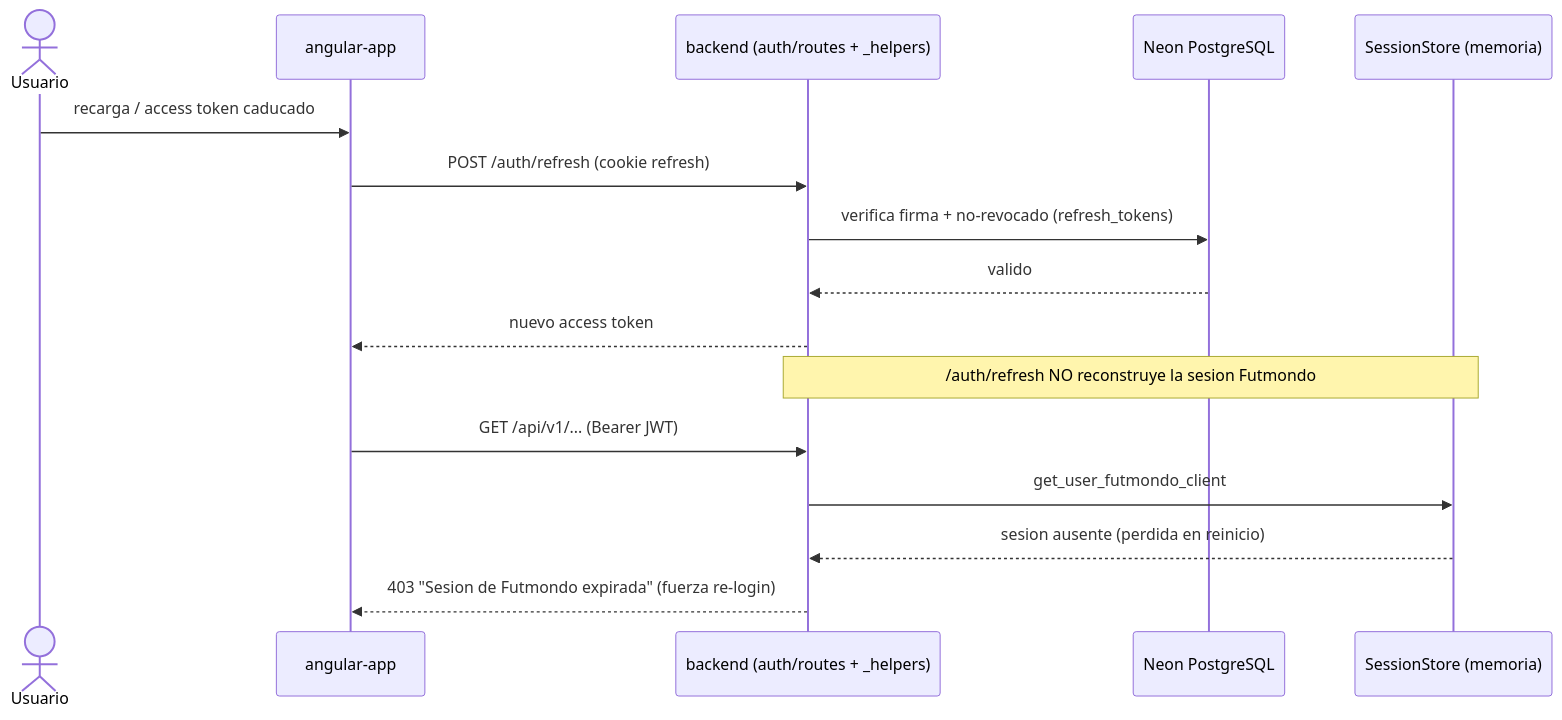
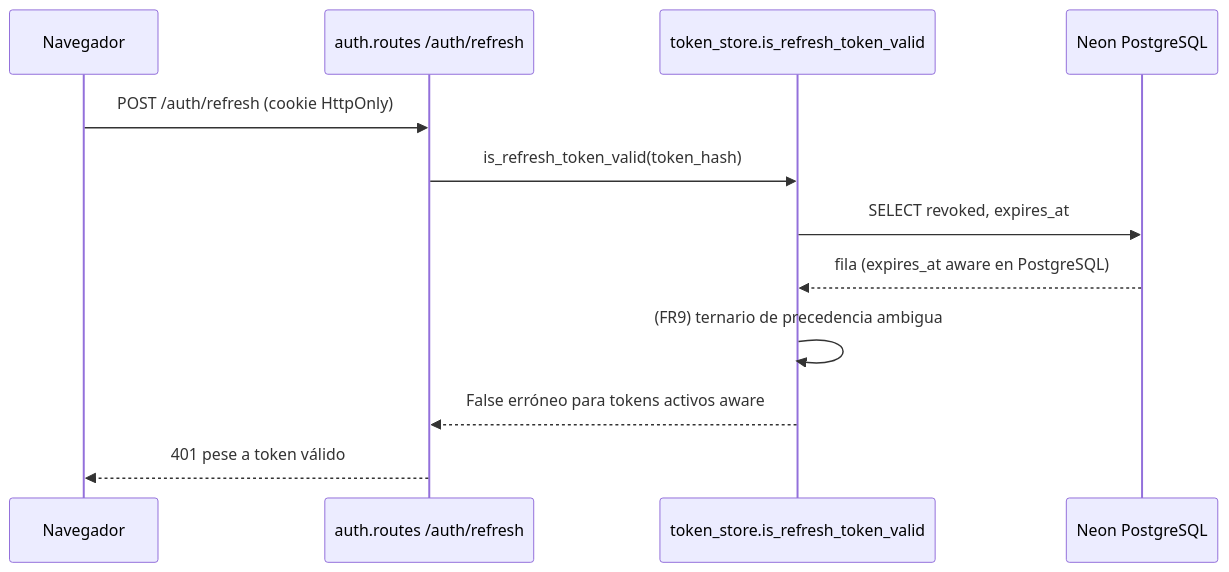
The third of 3 diagrams in aidlc/spaces/default/codekb/futmondo-analytics/architecture.md (Mutinho/futmondo-analytics), drawn with Mermaid before and after one commit. The commit also changed other lines of this file and 55 other files, not shown here.

````diff
--- a/aidlc/spaces/default/codekb/futmondo-analytics/architecture.md
+++ b/aidlc/spaces/default/codekb/futmondo-analytics/architecture.md
@@ -121,18 +88,15 @@
 ```mermaid
 sequenceDiagram
-  actor U as Usuario
-  participant FE as angular-app
-  participant BE as backend (auth/routes + _helpers)
-  participant DB as Neon PostgreSQL
-  participant SS as SessionStore (memoria)
-  U->>FE: recarga / access token caducado
-  FE->>BE: POST /auth/refresh (cookie refresh)
-  BE->>DB: verifica firma + no-revocado (refresh_tokens)
-  DB-->>BE: valido
-  BE-->>FE: nuevo access token
-  Note over BE,SS: /auth/refresh NO reconstruye la sesion Futmondo
-  FE->>BE: GET /api/v1/... (Bearer JWT)
-  BE->>SS: get_user_futmondo_client
-  SS-->>BE: sesion ausente (perdida en reinicio)
-  BE-->>FE: 403 "Sesion de Futmondo expirada" (fuerza re-login)
+    participant U as Navegador
+    participant R as auth.routes /auth/refresh
+    participant T as token_store.is_refresh_token_valid
+    participant DB as Neon PostgreSQL
+
+    U->>R: POST /auth/refresh (cookie HttpOnly)
+    R->>T: is_refresh_token_valid(token_hash)
+    T->>DB: SELECT revoked, expires_at
+    DB-->>T: fila (expires_at aware en PostgreSQL)
+    T->>T: (FR9) ternario de precedencia ambigua
+    T-->>R: False erróneo para tokens activos aware
+    R-->>U: 401 pese a token válido
 ```
````
